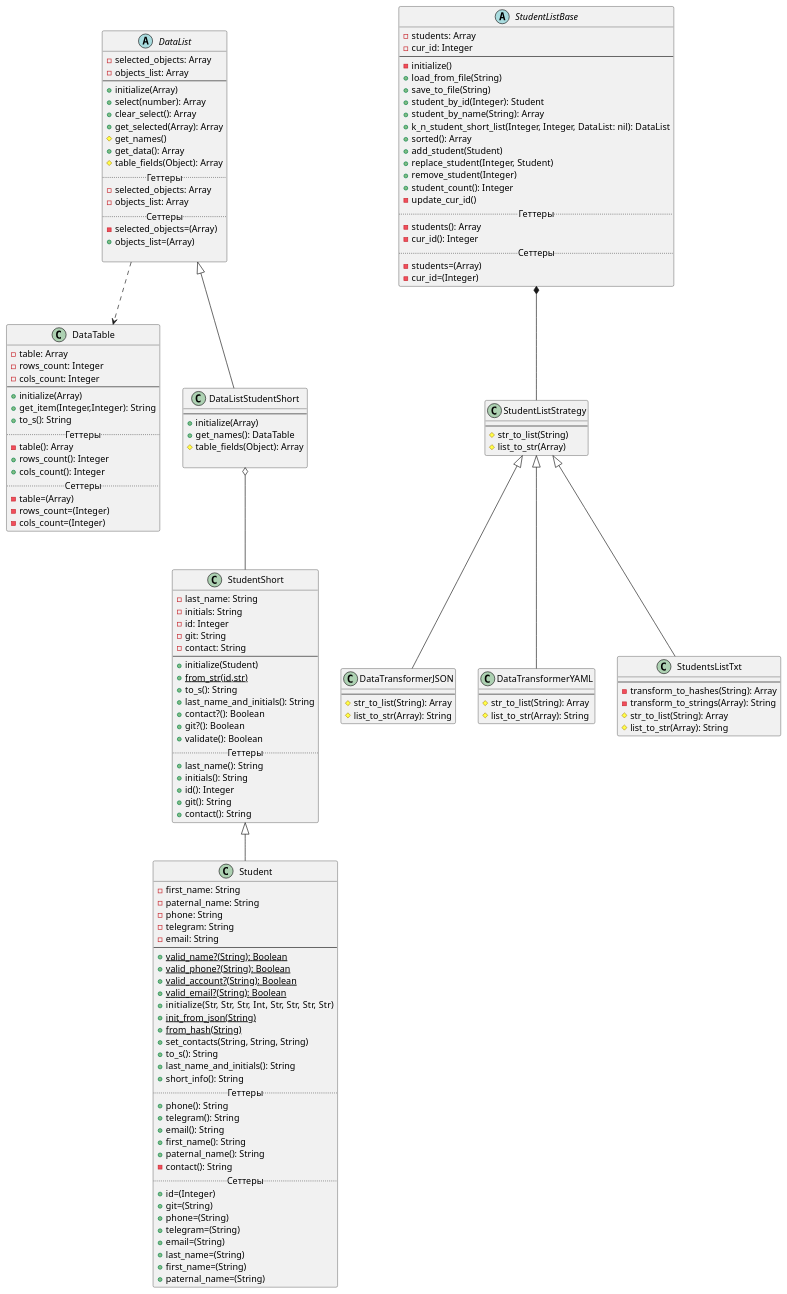
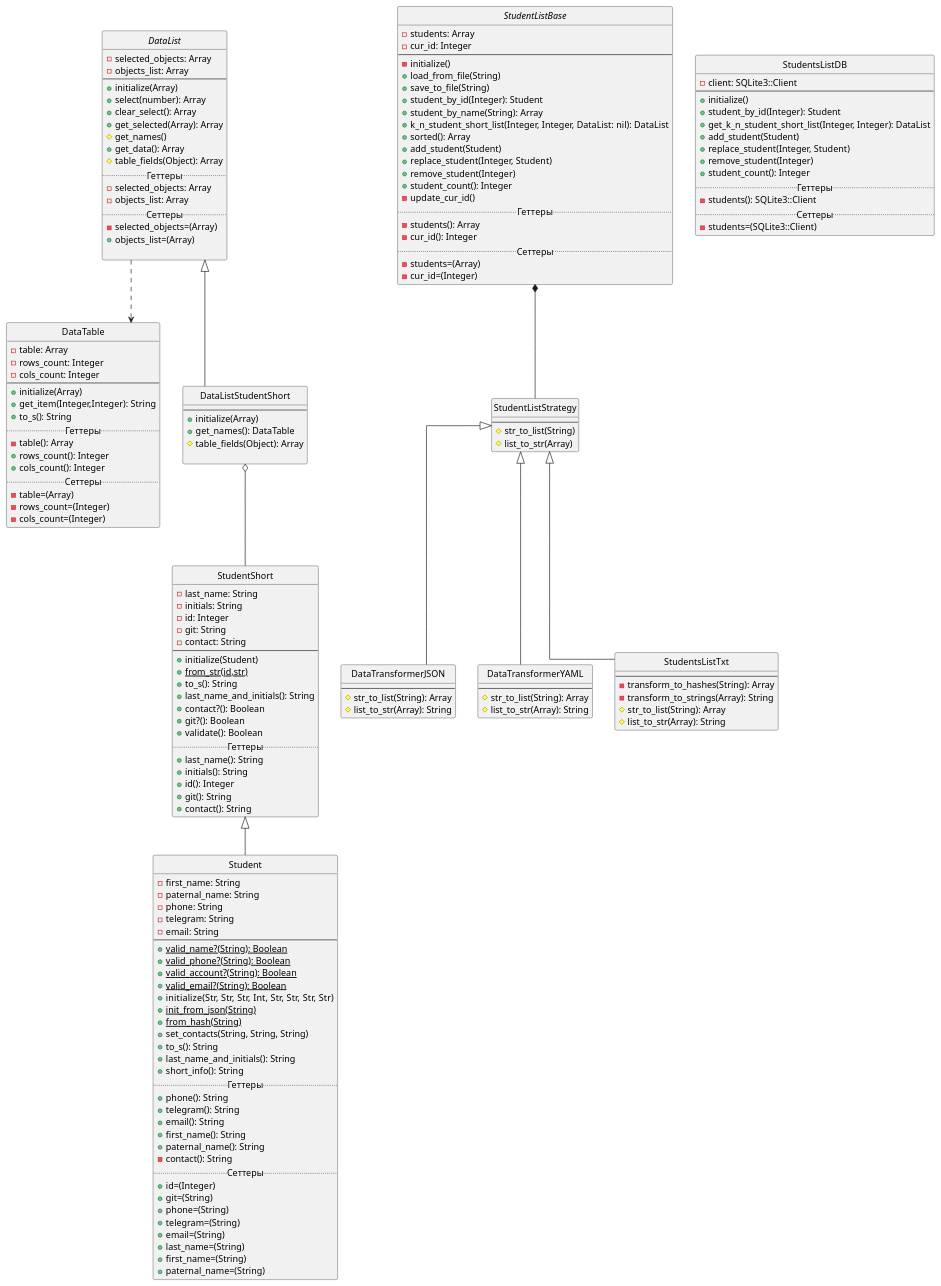
The diagram in Diagrams/class_diagrams/class_diagram_lab2.puml (waasabi13/ruby_labs), drawn with PlantUML before and after one commit. The commit also changed 3 other files, not shown here.

Commit message:
Реализация класса student_list_db.rb

```diff
--- a/Diagrams/class_diagrams/class_diagram_lab2.puml
+++ b/Diagrams/class_diagrams/class_diagram_lab2.puml
@@ -1,160 +1,180 @@
+@startuml
+'https://plantuml.com/class-diagram
+ hide circle
+ skinparam linetype ortho
+
 class StudentShort
 {
     -last_name: String
     -initials: String
     -id: Integer
     -git: String
     -contact: String
 --
     +initialize(Student)
     +{static}from_str(id,str)
     +to_s(): String
     +last_name_and_initials(): String
     +contact?(): Boolean
     +git?(): Boolean
     +validate(): Boolean
 .. Геттеры ..
     +last_name(): String
     +initials(): String
     +id(): Integer
     +git(): String
     +contact(): String
 }
 
 class Student extends StudentShort {
     -first_name: String
     -paternal_name: String
     -phone: String
     -telegram: String
     -email: String
 --
     +{static}valid_name?(String): Boolean
     +{static}valid_phone?(String): Boolean
     +{static}valid_account?(String): Boolean
     +{static}valid_email?(String): Boolean
     +initialize(Str, Str, Str, Int, Str, Str, Str, Str)
     +{static}init_from_json(String)
     +{static}from_hash(String)
     +set_contacts(String, String, String)
     +to_s(): String
     +last_name_and_initials(): String
     +short_info(): String
     .. Геттеры ..
     +phone(): String
     +telegram(): String
     +email(): String
     +first_name(): String
     +paternal_name(): String
     -contact(): String
     .. Сеттеры ..
     +id=(Integer)
     +git=(String)
     +phone=(String)
     +telegram=(String)
     +email=(String)
     +last_name=(String)
     +first_name=(String)
     +paternal_name=(String)
 }
 
 abstract class DataList
 {
     -selected_objects: Array
     -objects_list: Array
 --
     +initialize(Array)
     +select(number): Array
     +clear_select(): Array
     +get_selected(Array): Array
     #get_names()
     +get_data(): Array
     #table_fields(Object): Array
     ..Геттеры..
     -selected_objects: Array
     -objects_list: Array
     ..Сеттеры..
     -selected_objects=(Array)
     +objects_list=(Array)
 
 }
 class DataTable
 {
     -table: Array
     -rows_count: Integer
     -cols_count: Integer
 --
     +initialize(Array)
     +get_item(Integer,Integer): String
     +to_s(): String
     ..Геттеры..
     -table(): Array
     +rows_count(): Integer
     +cols_count(): Integer
     ..Сеттеры..
     -table=(Array)
     -rows_count=(Integer)
     -cols_count=(Integer)
 }
 
 class DataListStudentShort extends DataList{
      --
      +initialize(Array)
      +get_names(): DataTable
     #table_fields(Object): Array
 
  }
 
 
 abstract class StudentListBase {
      -students: Array
      -cur_id: Integer
      --
      -initialize()
      +load_from_file(String)
      +save_to_file(String)
      +student_by_id(Integer): Student
      +student_by_name(String): Array
      +k_n_student_short_list(Integer, Integer, DataList: nil): DataList
      +sorted(): Array
      +add_student(Student)
      +replace_student(Integer, Student)
      +remove_student(Integer)
      +student_count(): Integer
      -update_cur_id()
      .. Геттеры ..
      -students(): Array
      -cur_id(): Integer
      .. Сеттеры ..
      -students=(Array)
      -cur_id=(Integer)
  }
 
 class StudentListStrategy {
     --
     #str_to_list(String)
     #list_to_str(Array)
 }
 
 class DataTransformerJSON extends StudentListStrategy {
     --
     #str_to_list(String): Array
     #list_to_str(Array): String
 }
 
 class DataTransformerYAML extends StudentListStrategy {
     --
     #str_to_list(String): Array
     #list_to_str(Array): String
 }
 
  class StudentsListTxt extends StudentListStrategy {
      --
      -transform_to_hashes(String): Array
      -transform_to_strings(Array): String
      #str_to_list(String): Array
      #list_to_str(Array): String
  }
-
+class StudentsListDB {
+     -client: SQLite3::Client
+     --
+     +initialize()
+     +student_by_id(Integer): Student
+     +get_k_n_student_short_list(Integer, Integer): DataList
+     +add_student(Student)
+     +replace_student(Integer, Student)
+     +remove_student(Integer)
+     +student_count(): Integer
+     .. Геттеры ..
+     -students(): SQLite3::Client
+     .. Сеттеры ..
+     -students=(SQLite3::Client)
+ }
 DataList ..> DataTable
 StudentListBase *-- StudentListStrategy
 DataListStudentShort o-- StudentShort
+@enduml
```
